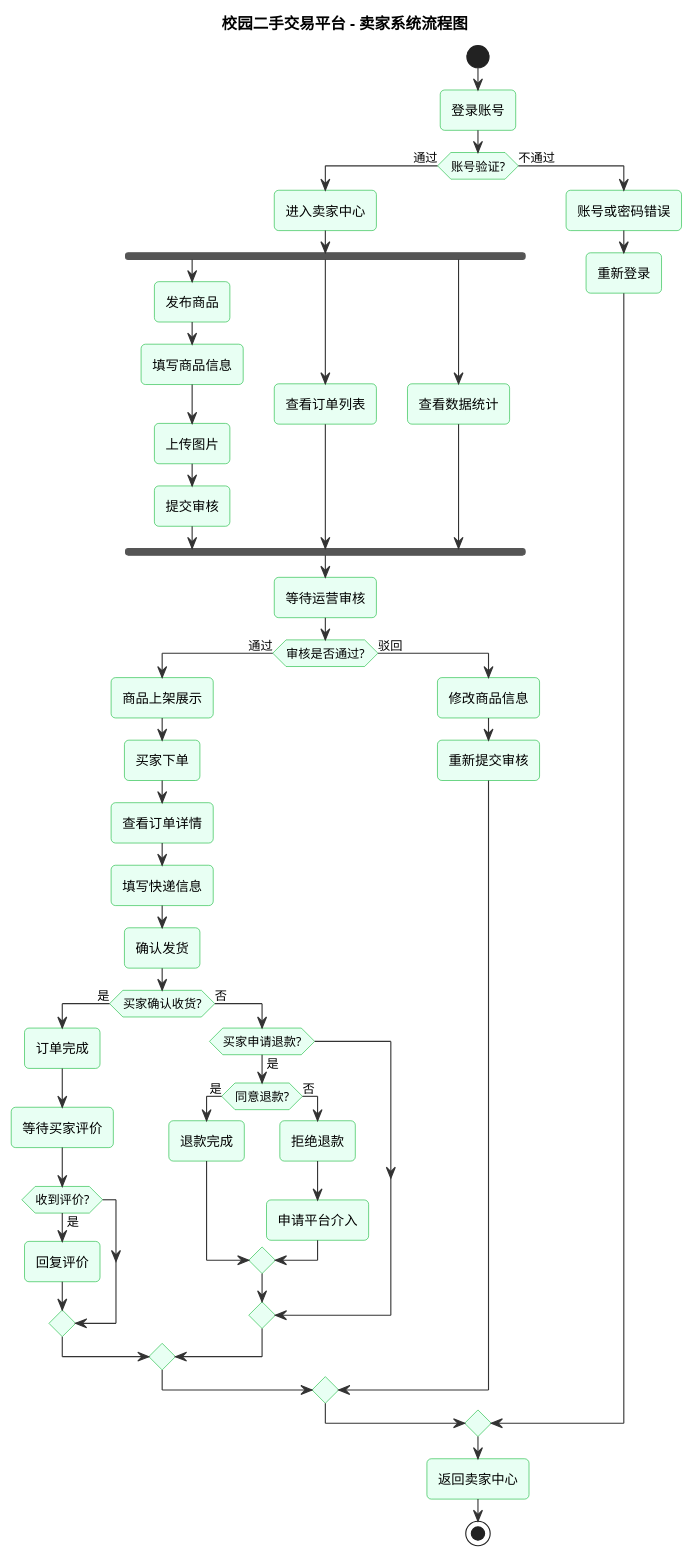
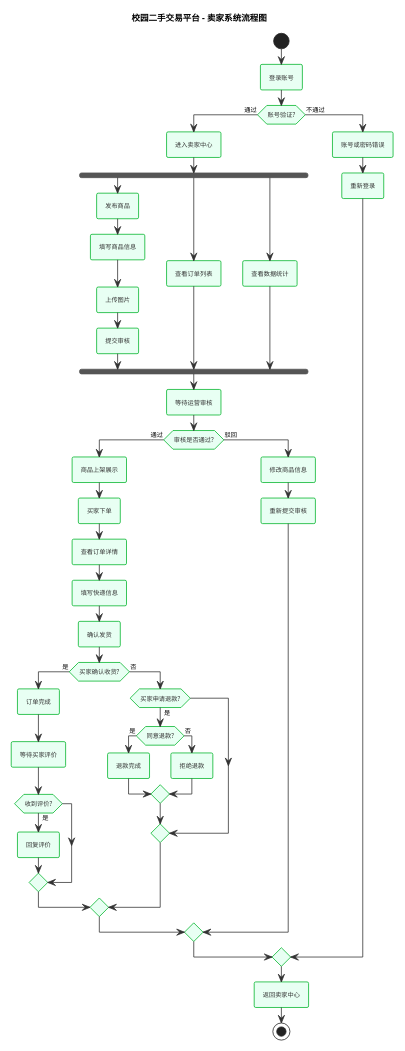
One commit to RYELOBE/hmapp01 changed the diagram in docs/flowchart-seller.puml. Above: the diagram before and after it, drawn with PlantUML. The commit also changed 2 other files, not shown here.

```diff
--- a/docs/flowchart-seller.puml
+++ b/docs/flowchart-seller.puml
@@ -1,77 +1,83 @@
 @startuml
+scale 0.7
 skinparam backgroundColor #FFFFFF
 skinparam shadowing false
-skinparam roundcorner 8
+skinparam roundcorner 4
 skinparam ArrowColor #333
+skinparam ArrowThickness 1
+skinparam Padding 1
+skinparam BoxPadding 2
+skinparam ActivityBorderThickness 1
+skinparam ArrowFontSize 8
+skinparam ActivityFontColor #333
 skinparam Activity {
   BackgroundColor #E8FFF3
   BorderColor #00B42A
+  FontSize 8
 }
 skinparam Diamond {
   BackgroundColor #FF7D00
   BorderColor #FF7D00
+  FontSize 8
 }
 skinparam Start {
   BackgroundColor #00B42A
   BorderColor #00B42A
+  FontSize 9
 }
 skinparam End {
   BackgroundColor #F53F3F
   BorderColor #F53F3F
+  FontSize 9
 }
+skinparam TitleFontSize 11
 
 title 校园二手交易平台 - 卖家系统流程图
 
 start
-
 :登录账号;
 if (账号验证?) then (通过)
   :进入卖家中心;
   fork
     :发布商品;
     :填写商品信息;
     :上传图片;
     :提交审核;
   fork again
     :查看订单列表;
   fork again
     :查看数据统计;
   end fork
-  
   :等待运营审核;
   if (审核是否通过?) then (通过)
     :商品上架展示;
     :买家下单;
     :查看订单详情;
     :填写快递信息;
     :确认发货;
     if (买家确认收货?) then (是)
       :订单完成;
       :等待买家评价;
       if (收到评价?) then (是)
         :回复评价;
       endif
     else (否)
       if (买家申请退款?) then (是)
         if (同意退款?) then (是)
           :退款完成;
         else (否)
           :拒绝退款;
-          :申请平台介入;
         endif
       endif
     endif
   else (驳回)
     :修改商品信息;
     :重新提交审核;
   endif
 else (不通过)
   :账号或密码错误;
   :重新登录;
 endif
-
 :返回卖家中心;
-
 stop
-
 @enduml
```
